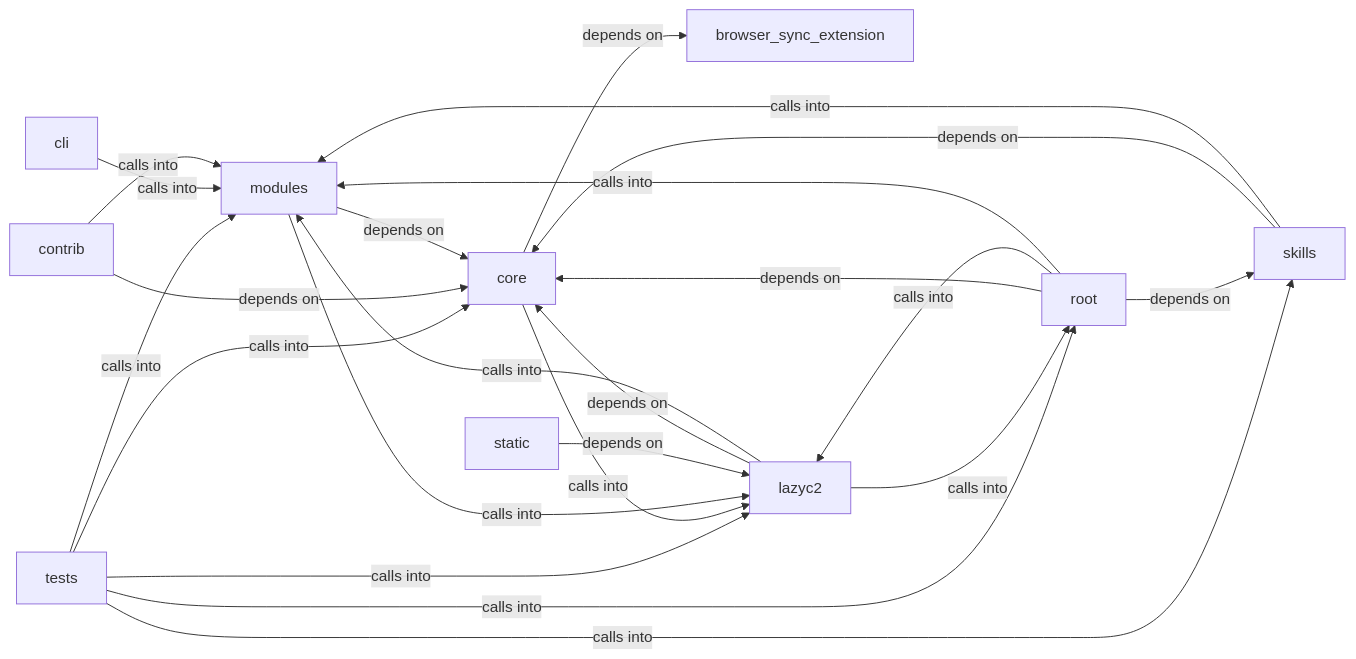
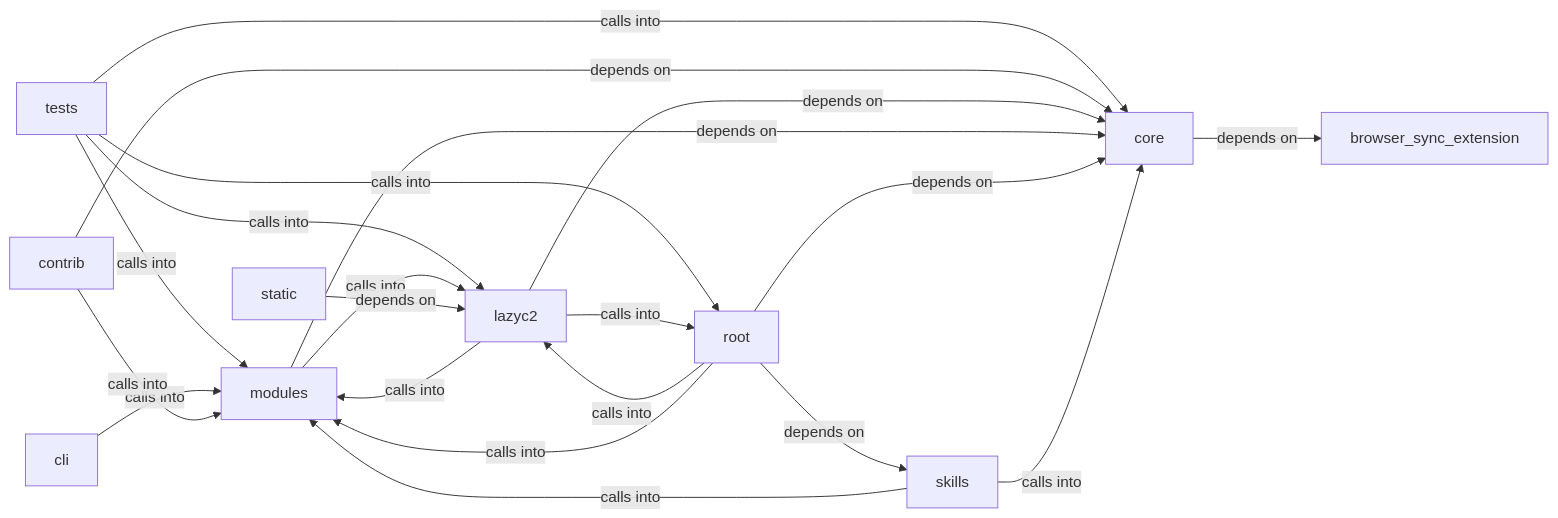
One commit to grisuno/LazyOwn changed the diagram in readmenator-diagrams/modules_lazyc2.md. Above: the diagram before and after it, drawn with Mermaid. The commit also changed other lines of this file and 434 other files, not shown here.

````diff
--- a/readmenator-diagrams/modules_lazyc2.md
+++ b/readmenator-diagrams/modules_lazyc2.md
@@ -5,35 +5,33 @@
 ```mermaid
 graph LR
     browser_sync_extension["browser_sync_extension"]
     cli["cli"]
     contrib["contrib"]
     core["core"]
     lazyc2["lazyc2"]
     modules["modules"]
     root["root"]
     skills["skills"]
     static["static"]
     tests["tests"]
     tests -- "calls into" --> core
     tests -- "calls into" --> lazyc2
     tests -- "calls into" --> modules
     tests -- "calls into" --> root
-    tests -- "calls into" --> skills
     cli -- "calls into" --> modules
     contrib -- "depends on" --> core
     contrib -- "calls into" --> modules
     core -- "depends on" --> browser_sync_extension
-    core -- "calls into" --> lazyc2
     lazyc2 -- "depends on" --> core
     lazyc2 -- "calls into" --> modules
     lazyc2 -- "calls into" --> root
     modules -- "depends on" --> core
     modules -- "calls into" --> lazyc2
     root -- "depends on" --> core
     root -- "calls into" --> lazyc2
     root -- "calls into" --> modules
     root -- "depends on" --> skills
-    skills -- "depends on" --> core
+    skills -- "calls into" --> core
     skills -- "calls into" --> modules
     static -- "depends on" --> lazyc2
 ```
````
